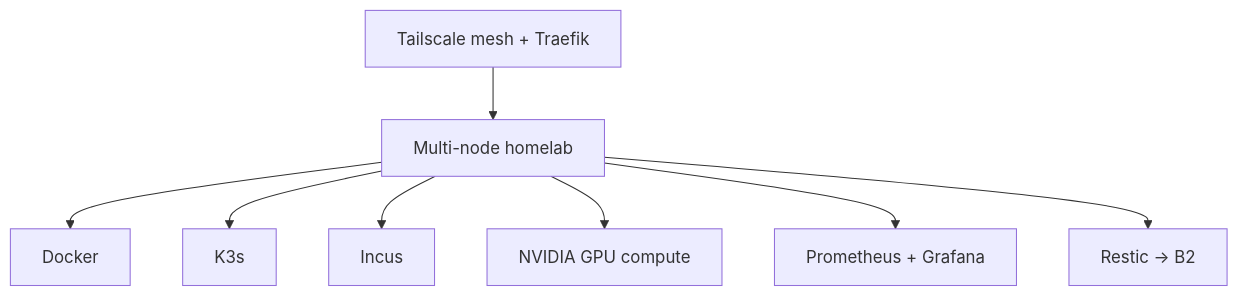
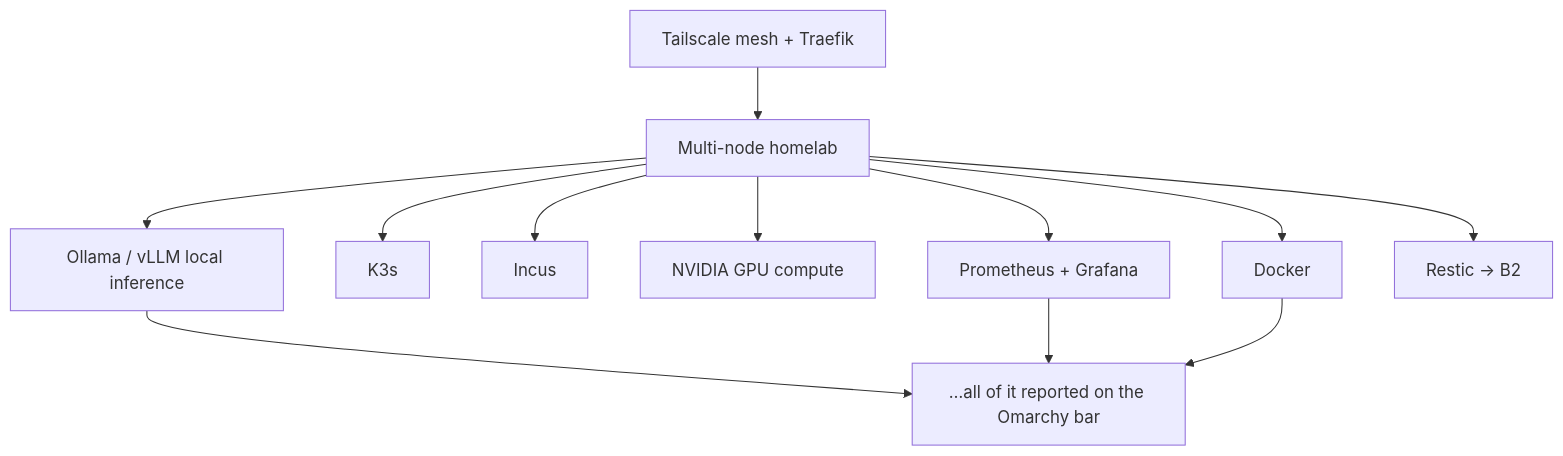
Before and after one commit to nixfred/nixfred: the third of 4 diagrams in README.md, drawn with Mermaid. The commit also changed other lines of this file and 4 other files, not shown here.

````diff
--- a/README.md
+++ b/README.md
@@ -62,10 +152,14 @@
 ```mermaid
 flowchart TB
     EDGE["Tailscale mesh + Traefik"] --> HOSTS["Multi-node homelab"]
     HOSTS --> DOCKER["Docker"]
     HOSTS --> K3S["K3s"]
     HOSTS --> INCUS["Incus"]
     HOSTS --> GPU["NVIDIA GPU compute"]
+    HOSTS --> OLLAMA["Ollama / vLLM local inference"]
     HOSTS --> OBS["Prometheus + Grafana"]
     HOSTS --> BACKUP["Restic → B2"]
+    OLLAMA --> BAR["…all of it reported on the Omarchy bar"]
+    OBS --> BAR
+    DOCKER --> BAR
 ```
````
